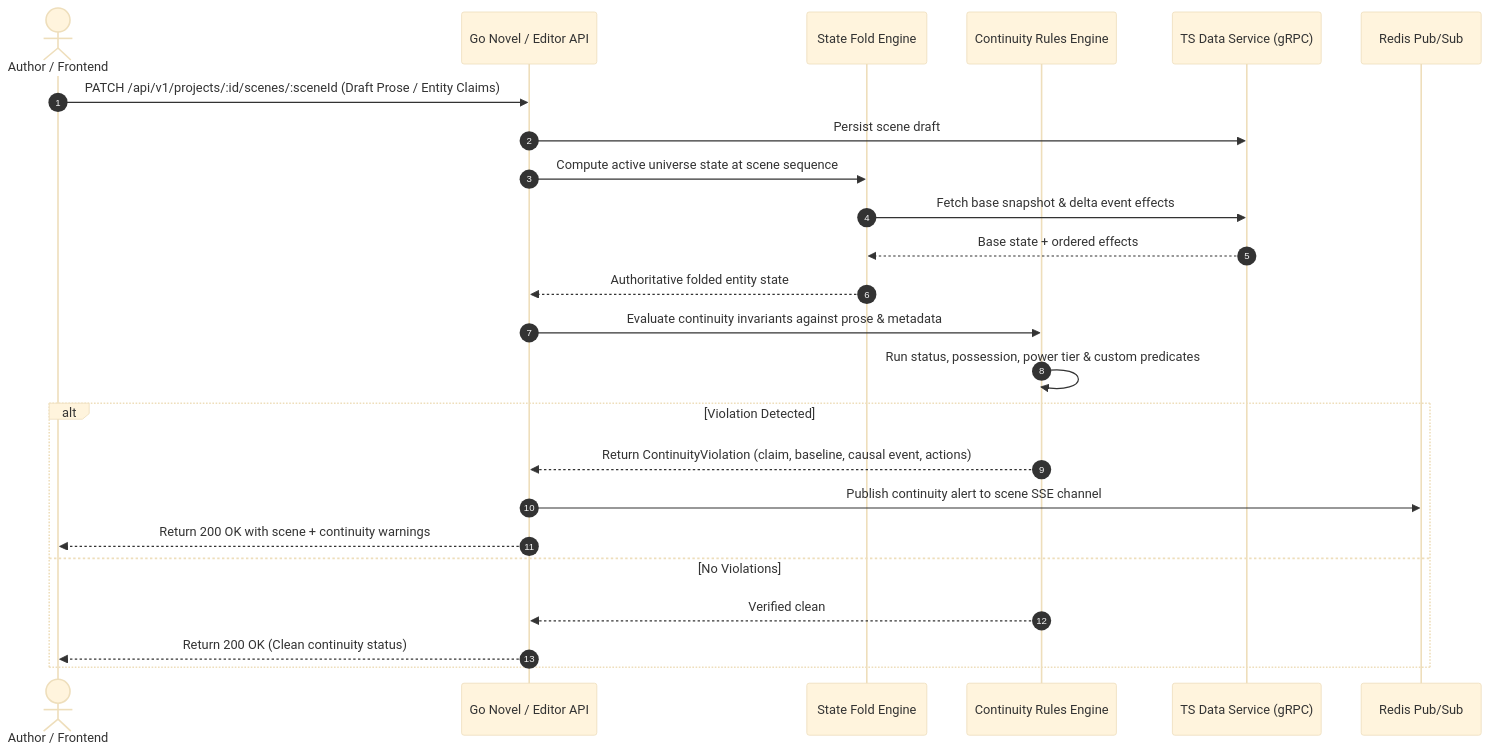
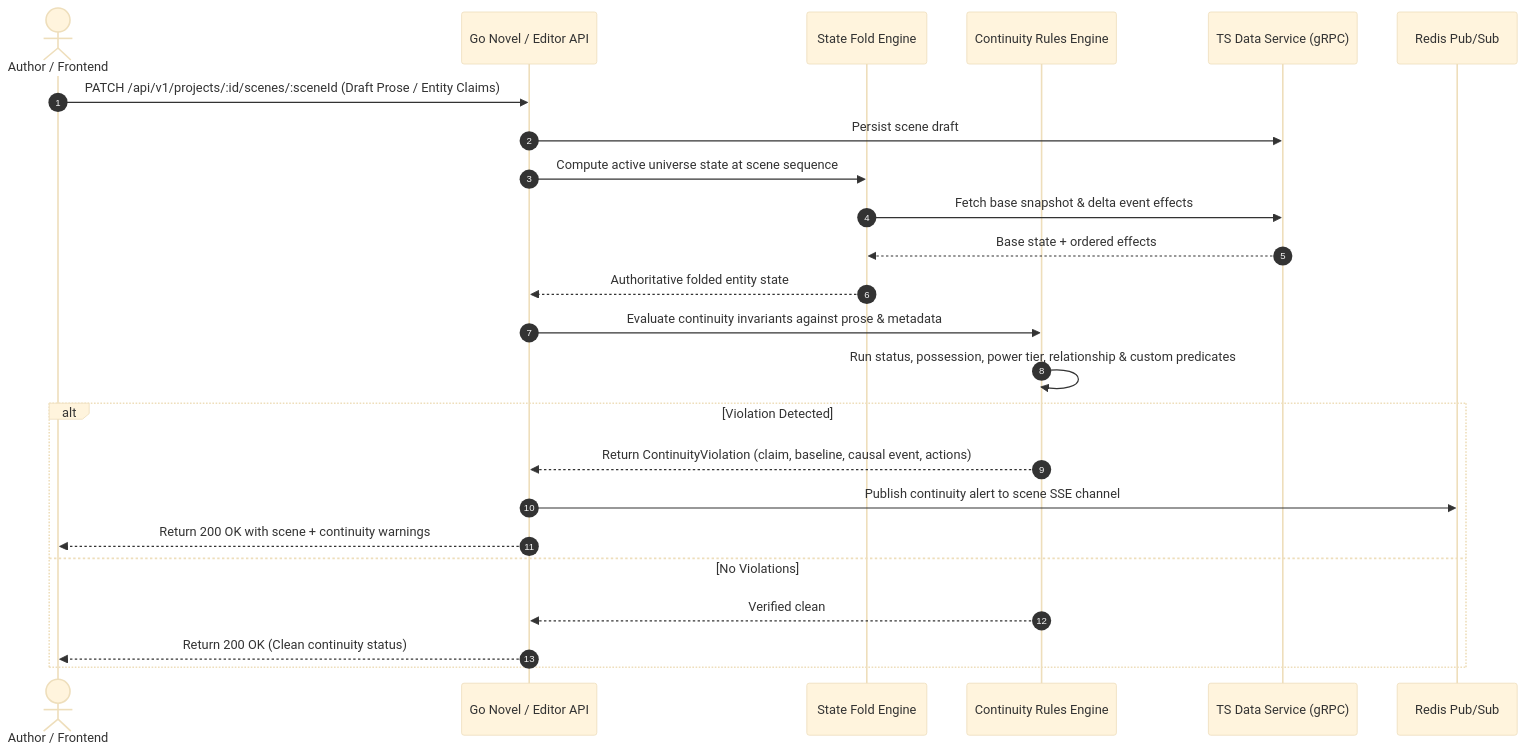
Before and after one commit to Yogesh-Kumar-Mallik-dev/NovWrite: the third of 3 diagrams in docs/BACKEND_ARCHITECTURE.md, drawn with Mermaid (base theme). The commit also changed other lines of this file and 5 other files, not shown here.

Commit message:
docs: update comprehensive architecture specifications for frontend, backend, and database revamp

````diff
--- a/docs/BACKEND_ARCHITECTURE.md
+++ b/docs/BACKEND_ARCHITECTURE.md
@@ -121,27 +159,27 @@
 ```mermaid
 sequenceDiagram
     autonumber
     actor Writer as Author / Frontend
     participant API as Go Novel / Editor API
     participant Fold as State Fold Engine
     participant Rules as Continuity Rules Engine
     participant Data as TS Data Service (gRPC)
     participant Redis as Redis Pub/Sub
 
     Writer->>API: PATCH /api/v1/projects/:id/scenes/:sceneId (Draft Prose / Entity Claims)
     API->>Data: Persist scene draft
     API->>Fold: Compute active universe state at scene sequence
     Fold->>Data: Fetch base snapshot & delta event effects
     Data-->>Fold: Base state + ordered effects
     Fold-->>API: Authoritative folded entity state
     API->>Rules: Evaluate continuity invariants against prose & metadata
-    Rules->>Rules: Run status, possession, power tier & custom predicates
+    Rules->>Rules: Run status, possession, power tier, relationship & custom predicates
     alt Violation Detected
         Rules-->>API: Return ContinuityViolation (claim, baseline, causal event, actions)
         API->>Redis: Publish continuity alert to scene SSE channel
         API-->>Writer: Return 200 OK with scene + continuity warnings
     else No Violations
         Rules-->>API: Verified clean
         API-->>Writer: Return 200 OK (Clean continuity status)
     end
 ```
````
